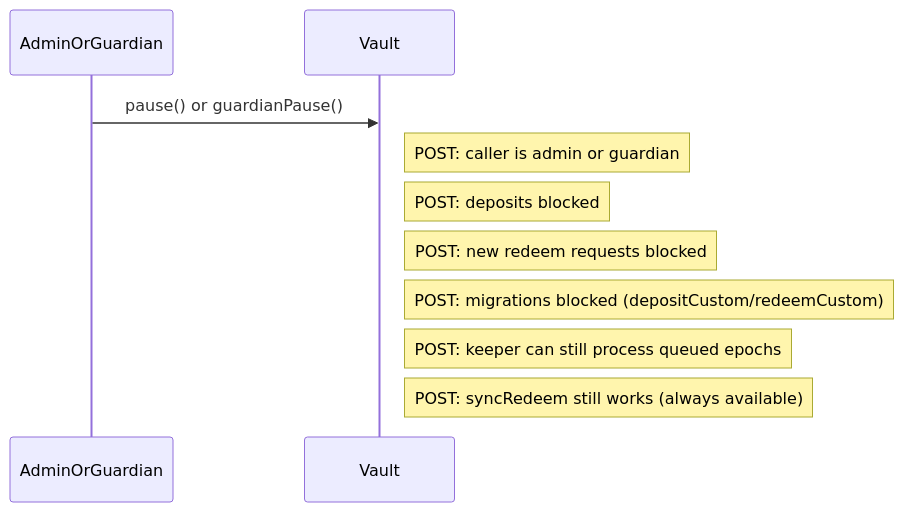
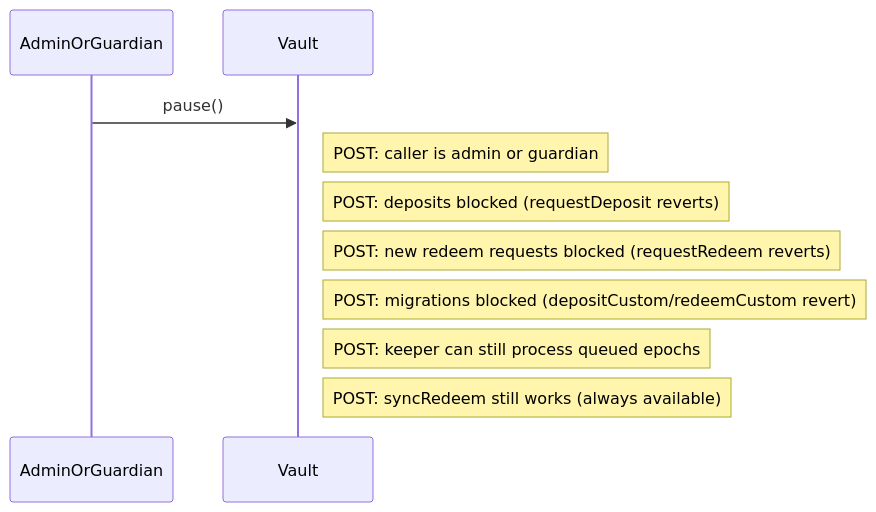
Before and after one commit to evgenynacu/leverage-vaults: diagram 13 of 22 in docs/architecture/call-diagrams.md, drawn with Mermaid. The commit also changed other lines of this file and 18 other files, not shown here.

````diff
--- a/docs/architecture/call-diagrams.md
+++ b/docs/architecture/call-diagrams.md
@@ -286,10 +285,10 @@
 ```mermaid
 sequenceDiagram
-    AdminOrGuardian->>Vault: pause() or guardianPause()
+    AdminOrGuardian->>Vault: pause()
     note right of Vault: POST: caller is admin or guardian
-    note right of Vault: POST: deposits blocked
-    note right of Vault: POST: new redeem requests blocked
-    note right of Vault: POST: migrations blocked (depositCustom/redeemCustom)
+    note right of Vault: POST: deposits blocked (requestDeposit reverts)
+    note right of Vault: POST: new redeem requests blocked (requestRedeem reverts)
+    note right of Vault: POST: migrations blocked (depositCustom/redeemCustom revert)
     note right of Vault: POST: keeper can still process queued epochs
     note right of Vault: POST: syncRedeem still works (always available)
 ```
````
